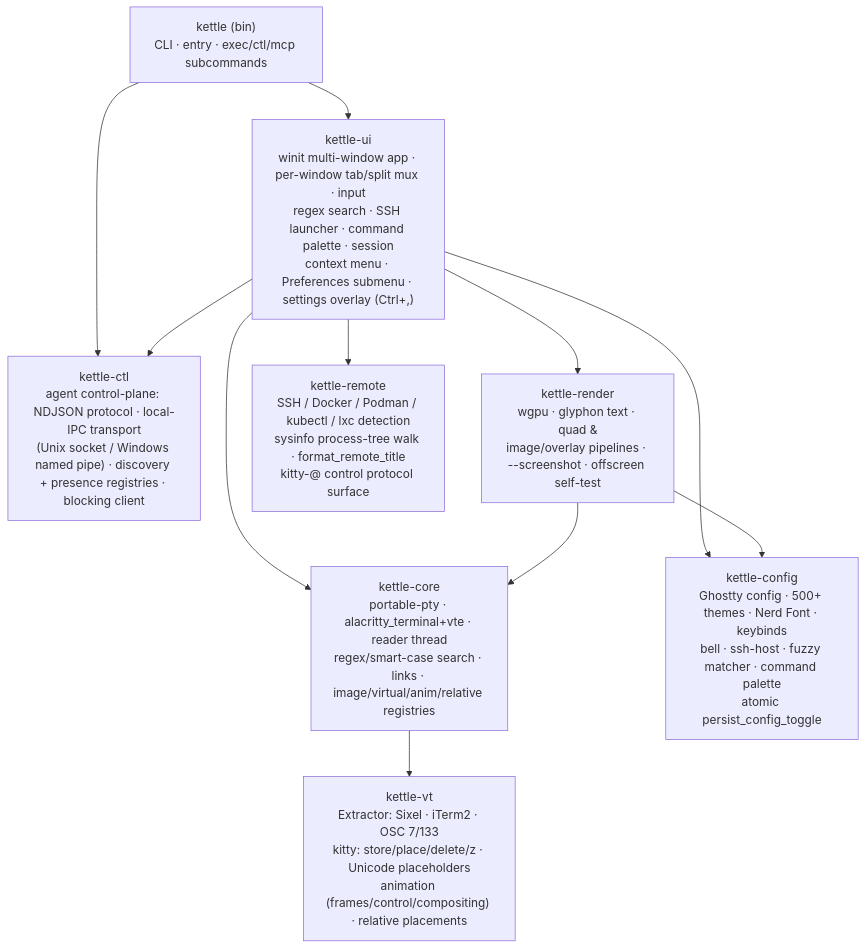
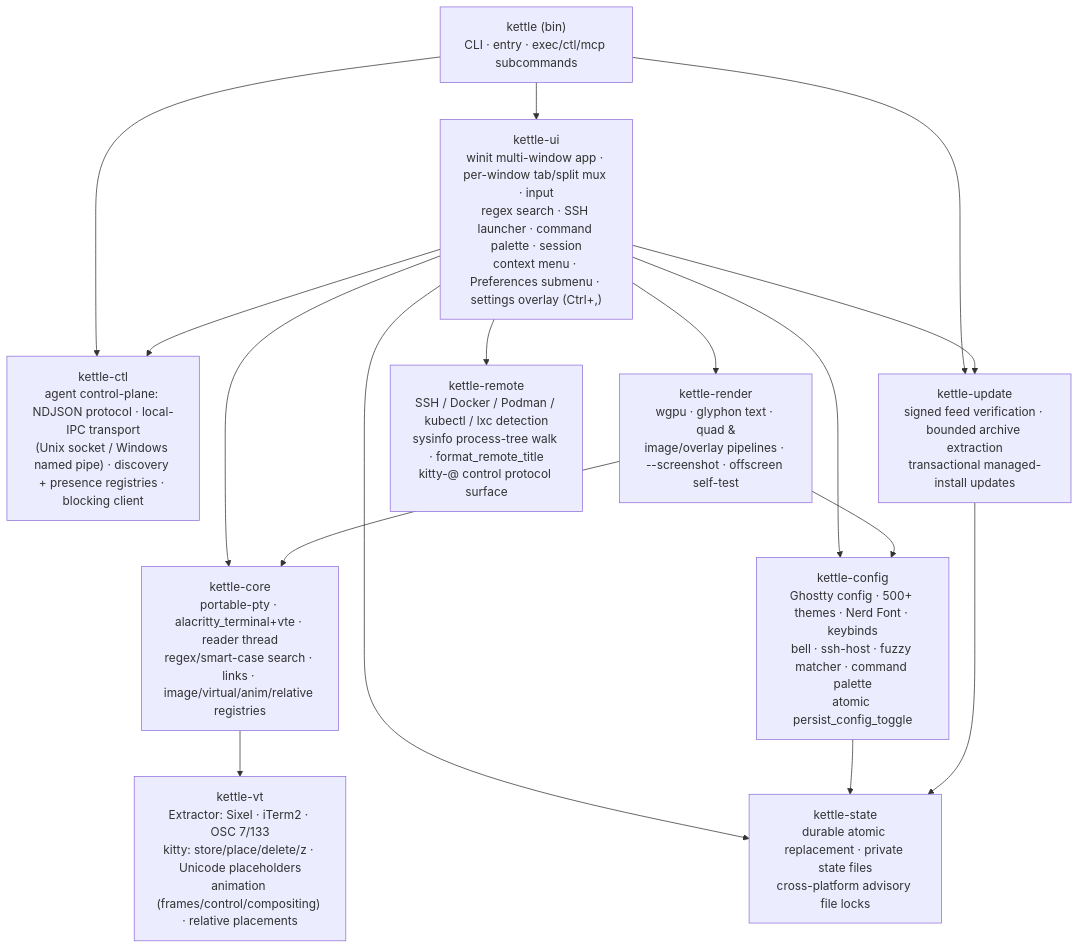
The first of 10 diagrams in docs/ARCHITECTURE.md (Reddimus/kettle), drawn with Mermaid before and after one commit. The commit also changed other lines of this file and 81 other files, not shown here.

````diff
--- a/docs/ARCHITECTURE.md
+++ b/docs/ARCHITECTURE.md
@@ -10,17 +10,22 @@
 ```mermaid
 graph TD
     bin["kettle (bin)<br/>CLI · entry · exec/ctl/mcp subcommands"] --> ui
     bin --> ctl
+    bin --> update
     ui["kettle-ui<br/>winit multi-window app · per-window tab/split mux · input<br/>regex search · SSH launcher · command palette · session<br/>context menu · Preferences submenu · settings overlay (Ctrl+,)"] --> render
     ui --> core
     ui --> cfg
     ui --> remote
     ui --> ctl
+    ui --> state
+    ui --> update
     ctl["kettle-ctl<br/>agent control-plane: NDJSON protocol · local-IPC transport<br/>(Unix socket / Windows named pipe) · discovery + presence registries · blocking client"]
     render["kettle-render<br/>wgpu · glyphon text · quad &<br/>image/overlay pipelines · --screenshot · offscreen self-test"] --> core
     render --> cfg
     core["kettle-core<br/>portable-pty · alacritty_terminal+vte · reader thread<br/>regex/smart-case search · links · image/virtual/anim/relative registries"] --> vt
-    cfg["kettle-config<br/>Ghostty config · 500+ themes · Nerd Font · keybinds<br/>bell · ssh-host · fuzzy matcher · command palette<br/>atomic persist_config_toggle"]
+    cfg["kettle-config<br/>Ghostty config · 500+ themes · Nerd Font · keybinds<br/>bell · ssh-host · fuzzy matcher · command palette<br/>atomic persist_config_toggle"] --> state
     vt["kettle-vt<br/>Extractor: Sixel · iTerm2 · OSC 7/133<br/>kitty: store/place/delete/z · Unicode placeholders<br/>animation (frames/control/compositing) · relative placements"]
     remote["kettle-remote<br/>SSH / Docker / Podman / kubectl / lxc detection<br/>sysinfo process-tree walk · format_remote_title<br/>kitty-@ control protocol surface"]
+    update["kettle-update<br/>signed feed verification · bounded archive extraction<br/>transactional managed-install updates"] --> state
+    state["kettle-state<br/>durable atomic replacement · private state files<br/>cross-platform advisory file locks"]
 ```
````
